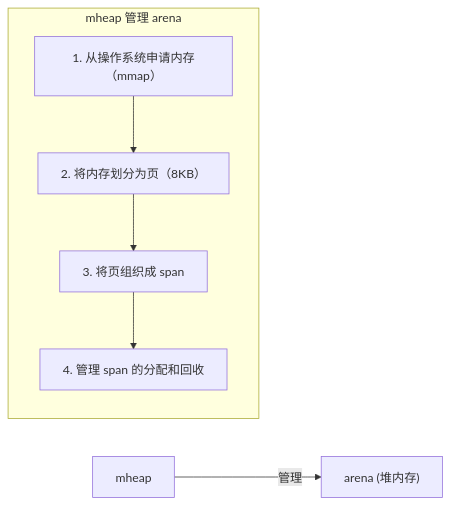
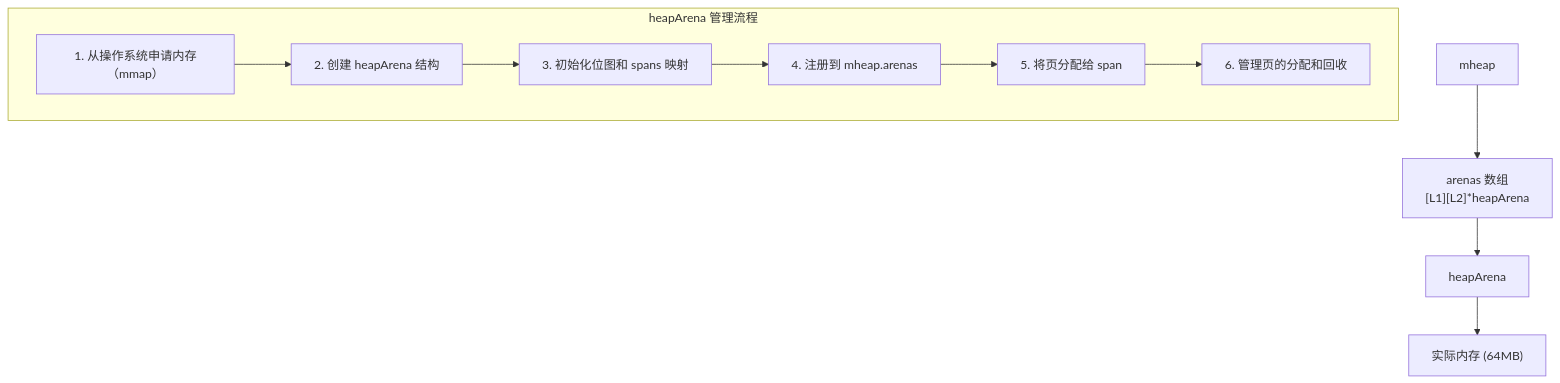
Diagram 18 of 27 in _posts/golang/内存分配器.md (djaigoo/blog), drawn with Mermaid before and after one commit. The commit also changed other lines of this file and 109 other files, not shown here.

````diff
--- a/_posts/golang/内存分配器.md
+++ b/_posts/golang/内存分配器.md
@@ -399,15 +1030,21 @@
 ```mermaid
-flowchart LR
+flowchart TD
     H["mheap"]
-    A["arena (堆内存)"]
+    Arenas["arenas 数组<br/>[L1][L2]*heapArena"]
+    HA["heapArena"]
+    Memory["实际内存 (64MB)"]
     
-    H -->|管理| A
+    H --> Arenas
+    Arenas --> HA
+    HA --> Memory
     
-    subgraph Process["mheap 管理 arena"]
+    subgraph Process["heapArena 管理流程"]
         P1["1. 从操作系统申请内存（mmap）"]
-        P2["2. 将内存划分为页（8KB）"]
-        P3["3. 将页组织成 span"]
-        P4["4. 管理 span 的分配和回收"]
-        P1 --> P2 --> P3 --> P4
+        P2["2. 创建 heapArena 结构"]
+        P3["3. 初始化位图和 spans 映射"]
+        P4["4. 注册到 mheap.arenas"]
+        P5["5. 将页分配给 span"]
+        P6["6. 管理页的分配和回收"]
+        P1 --> P2 --> P3 --> P4 --> P5 --> P6
     end
 ```
````
